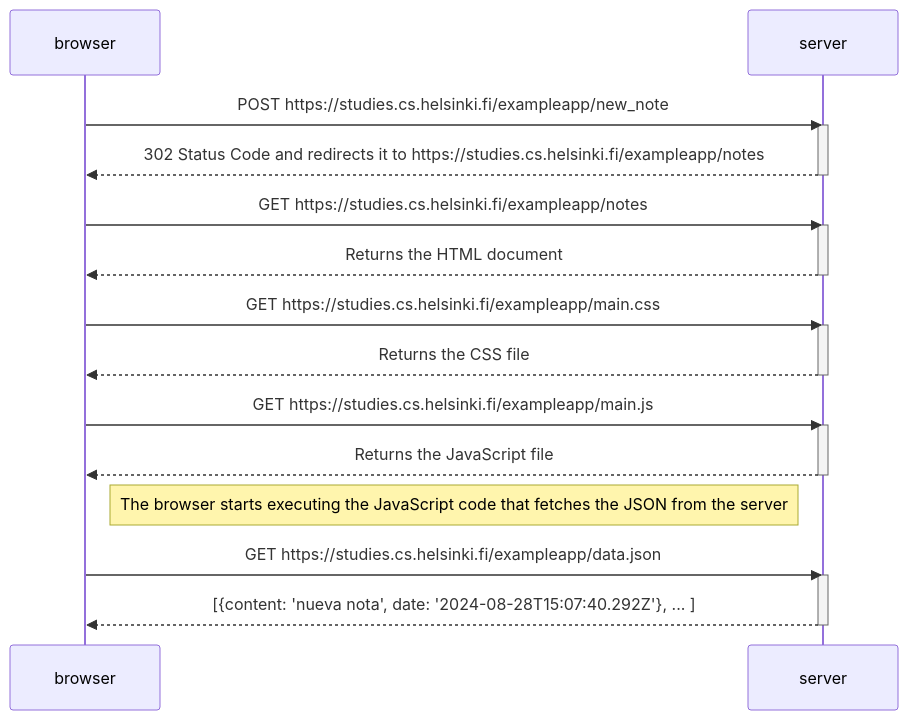
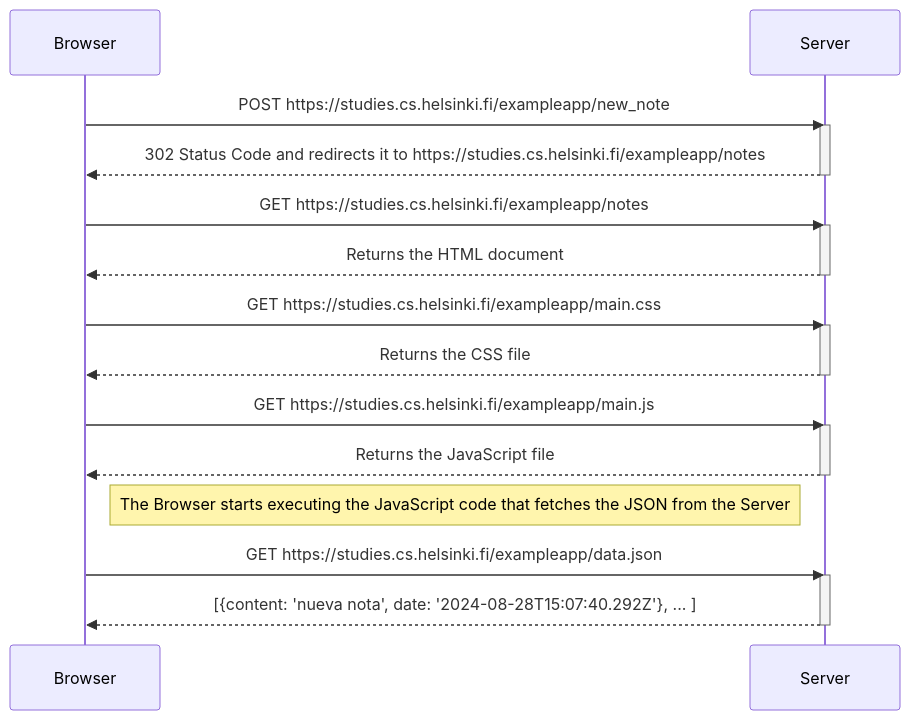
One commit to devratdave/fullstackwebdev changed the diagram in part0/newNoteDiagram.md. Above: the diagram before and after it, drawn with Mermaid. The commit also changed 1 other file, not shown here.

Commit message:
final 0.4

````diff
--- a/part0/newNoteDiagram.md
+++ b/part0/newNoteDiagram.md
@@ -1,35 +1,35 @@
 ```mermaid
 
 sequenceDiagram
-    participant browser
-    participant server
+    participant Browser
+    participant Server
 
-    browser->>server: POST https://studies.cs.helsinki.fi/exampleapp/new_note
-    activate server
-    server-->>browser: 302 Status Code and redirects it to https://studies.cs.helsinki.fi/exampleapp/notes 
-    deactivate server
+    Browser->>Server: POST https://studies.cs.helsinki.fi/exampleapp/new_note
+    activate Server
+    Server-->>Browser: 302 Status Code and redirects it to https://studies.cs.helsinki.fi/exampleapp/notes 
+    deactivate Server
 
-    browser->>server: GET https://studies.cs.helsinki.fi/exampleapp/notes
-    activate server
-    server-->>browser: Returns the HTML document
-    deactivate server
+    Browser->>Server: GET https://studies.cs.helsinki.fi/exampleapp/notes
+    activate Server
+    Server-->>Browser: Returns the HTML document
+    deactivate Server
 
-    browser->>server: GET https://studies.cs.helsinki.fi/exampleapp/main.css
-    activate server
-    server-->>browser: Returns the CSS file
-    deactivate server
+    Browser->>Server: GET https://studies.cs.helsinki.fi/exampleapp/main.css
+    activate Server
+    Server-->>Browser: Returns the CSS file
+    deactivate Server
 
-    browser->>server: GET https://studies.cs.helsinki.fi/exampleapp/main.js
-    activate server
-    server-->>browser: Returns the JavaScript file
-    deactivate server
+    Browser->>Server: GET https://studies.cs.helsinki.fi/exampleapp/main.js
+    activate Server
+    Server-->>Browser: Returns the JavaScript file
+    deactivate Server
 
-    Note right of browser: The browser starts executing the JavaScript code that fetches the JSON from the server
+    Note right of Browser: The Browser starts executing the JavaScript code that fetches the JSON from the Server
 
-    browser->>server: GET https://studies.cs.helsinki.fi/exampleapp/data.json
-    activate server
-    server-->>browser: [{content: 'nueva nota', date: '2024-08-28T15:07:40.292Z'}, ... ]
-    deactivate server
+    Browser->>Server: GET https://studies.cs.helsinki.fi/exampleapp/data.json
+    activate Server
+    Server-->>Browser: [{content: 'nueva nota', date: '2024-08-28T15:07:40.292Z'}, ... ]
+    deactivate Server
 
     
 ```
````
